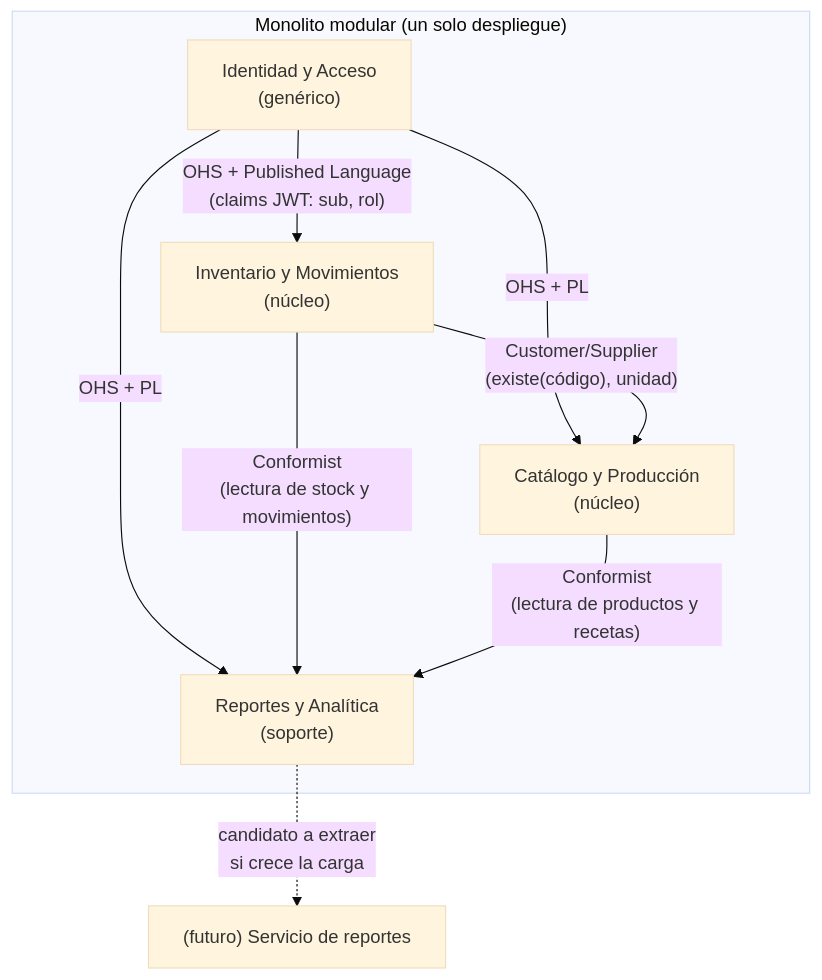
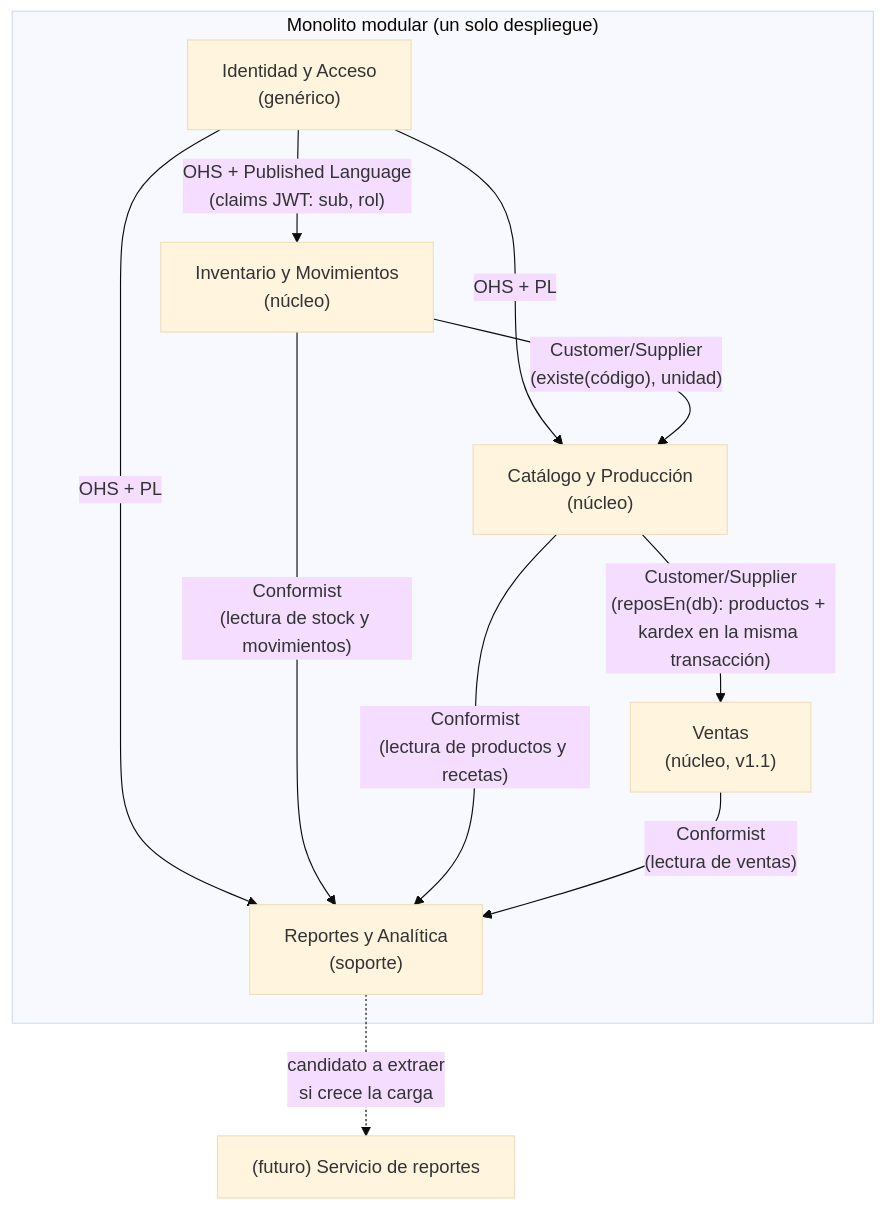
Before and after one commit to Sauremk/Pastel-Stock: the second of 6 diagrams in docs/ARQUITECTURA.md, drawn with Mermaid (base theme). The commit also changed other lines of this file and 61 other files, not shown here.

````diff
--- a/docs/ARQUITECTURA.md
+++ b/docs/ARQUITECTURA.md
@@ -25,16 +26,19 @@
 ```mermaid
 flowchart TB
   subgraph MON["Monolito modular (un solo despliegue)"]
     ID["Identidad y Acceso<br/>(genérico)"]
     INV["Inventario y Movimientos<br/>(núcleo)"]
     CAT["Catálogo y Producción<br/>(núcleo)"]
+    VEN["Ventas<br/>(núcleo, v1.1)"]
     REP["Reportes y Analítica<br/>(soporte)"]
   end
   ID -- "OHS + Published Language<br/>(claims JWT: sub, rol)" --> INV
   ID -- "OHS + PL" --> CAT
   ID -- "OHS + PL" --> REP
   INV -- "Customer/Supplier<br/>(existe(código), unidad)" --> CAT
   INV -- "Conformist<br/>(lectura de stock y movimientos)" --> REP
   CAT -- "Conformist<br/>(lectura de productos y recetas)" --> REP
+  CAT -- "Customer/Supplier<br/>(reposEn(db): productos + kardex en la misma transacción)" --> VEN
+  VEN -- "Conformist<br/>(lectura de ventas)" --> REP
   REP -. "candidato a extraer<br/>si crece la carga" .-> X["(futuro) Servicio de reportes"]
 ```
````
